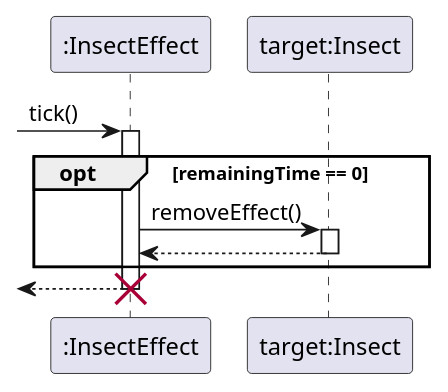
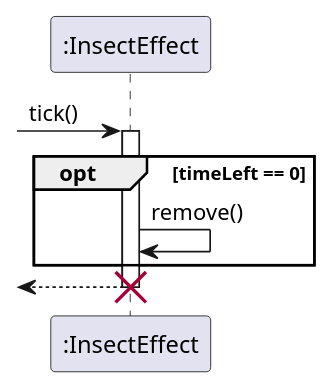
The diagram in InsectEffect/effect-wearoff.pu (ZD4ve/projlab-error521), drawn with PlantUML before and after one commit. The commit also changed 7 other files, not shown here.

Commit message:
Insect-effect by vzl (not complete)

```diff
--- a/InsectEffect/effect-wearoff.pu
+++ b/InsectEffect/effect-wearoff.pu
@@ -1,22 +1,16 @@
 @startuml
 
 participant ":InsectEffect" as effect
-participant "target:Insect" as target
 
 -> effect : tick()
 activate effect
 
-opt remainingTime == 0
+opt timeLeft == 0
 
-    ' TODO use getters and setter here instead
-    effect -> target : removeEffect()
-    activate target
-
-    effect <-- target
-    deactivate target
+    effect -> effect : remove()
 end
 
 <-- effect
 destroy effect
 
 @enduml
```
